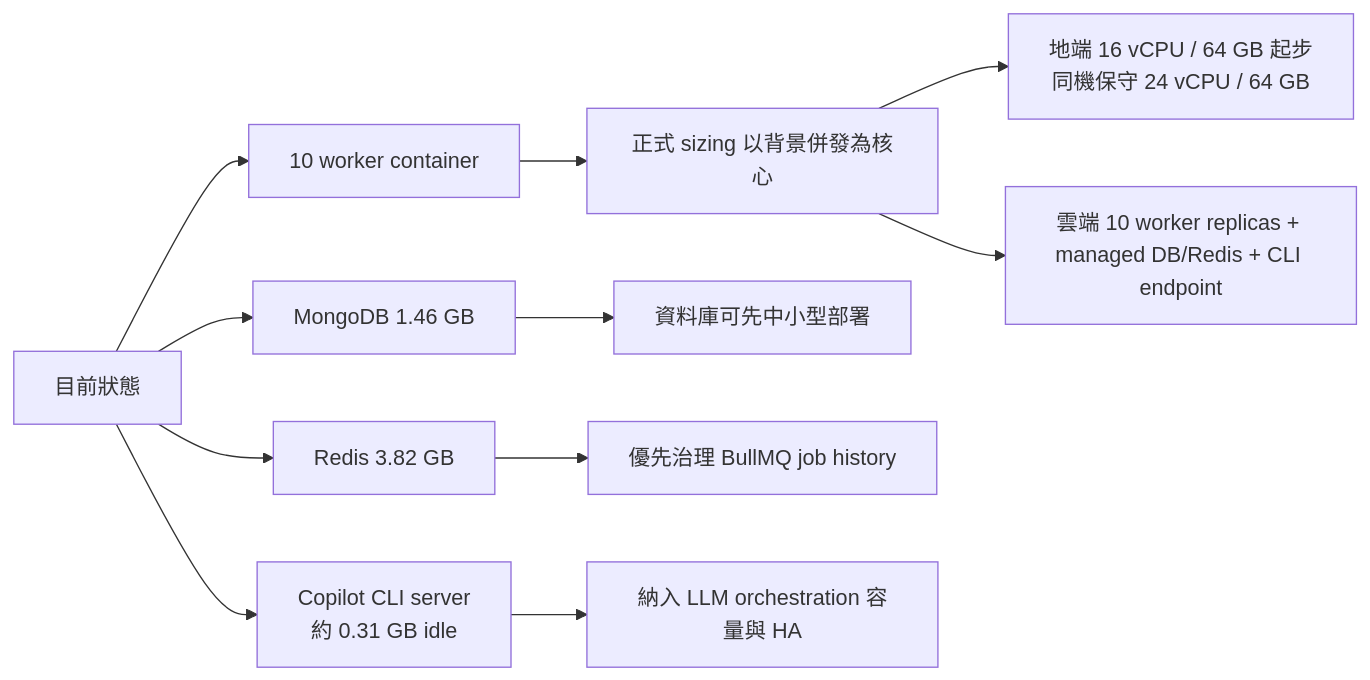
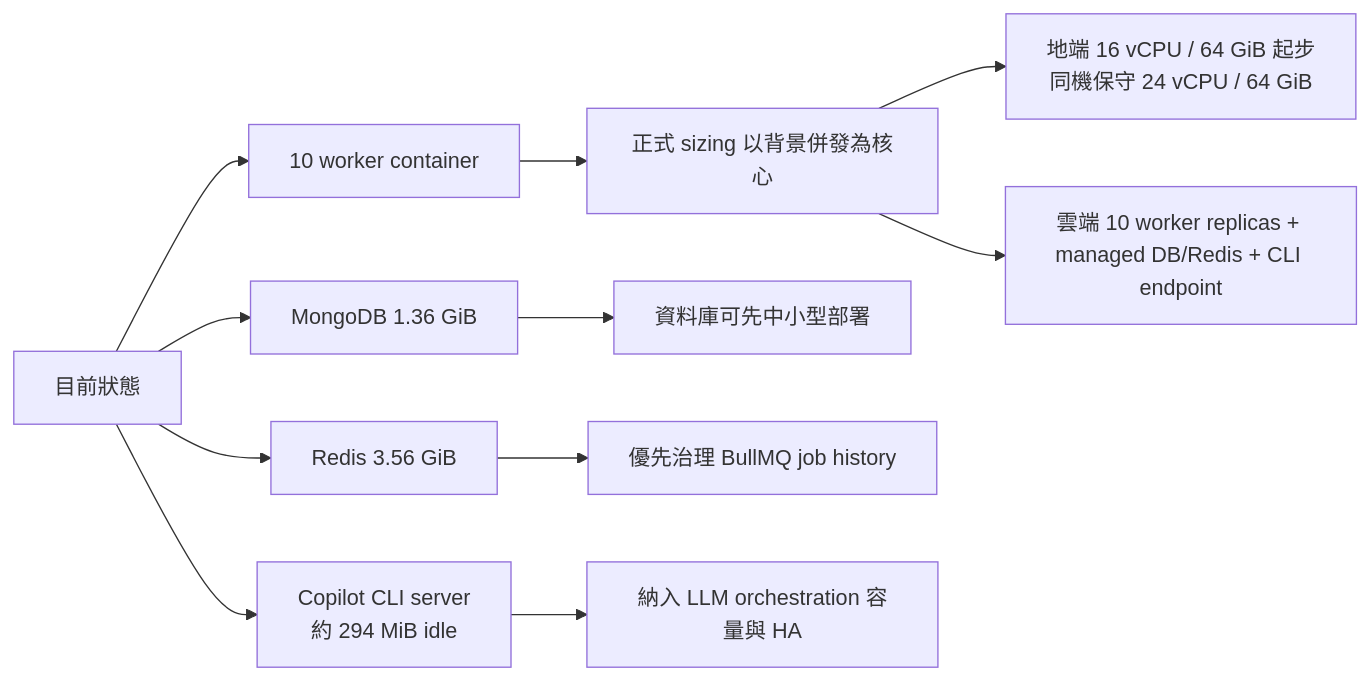
One commit to chunkai1312/temp changed the first of 17 diagrams in production-resource-architecture-proposal.md. Above: the diagram before and after it, drawn with Mermaid. The commit also changed other lines of this file, not shown here.

````diff
--- a/production-resource-architecture-proposal.md
+++ b/production-resource-architecture-proposal.md
@@ -39,13 +39,13 @@
 ```mermaid
 flowchart LR
   A["目前狀態"] --> B["10 worker container"]
-  A --> C["MongoDB 1.46 GB"]
-  A --> D["Redis 3.82 GB"]
-  A --> J["Copilot CLI server\n約 0.31 GB idle"]
+  A --> C["MongoDB 1.36 GiB"]
+  A --> D["Redis 3.56 GiB"]
+  A --> J["Copilot CLI server\n約 294 MiB idle"]
   B --> E["正式 sizing 以背景併發為核心"]
   C --> F["資料庫可先中小型部署"]
   D --> G["優先治理 BullMQ job history"]
   J --> K["納入 LLM orchestration 容量與 HA"]
-  E --> H["地端 16 vCPU / 64 GB 起步\n同機保守 24 vCPU / 64 GB"]
+  E --> H["地端 16 vCPU / 64 GiB 起步\n同機保守 24 vCPU / 64 GiB"]
   E --> I["雲端 10 worker replicas + managed DB/Redis + CLI endpoint"]
 ```
````
